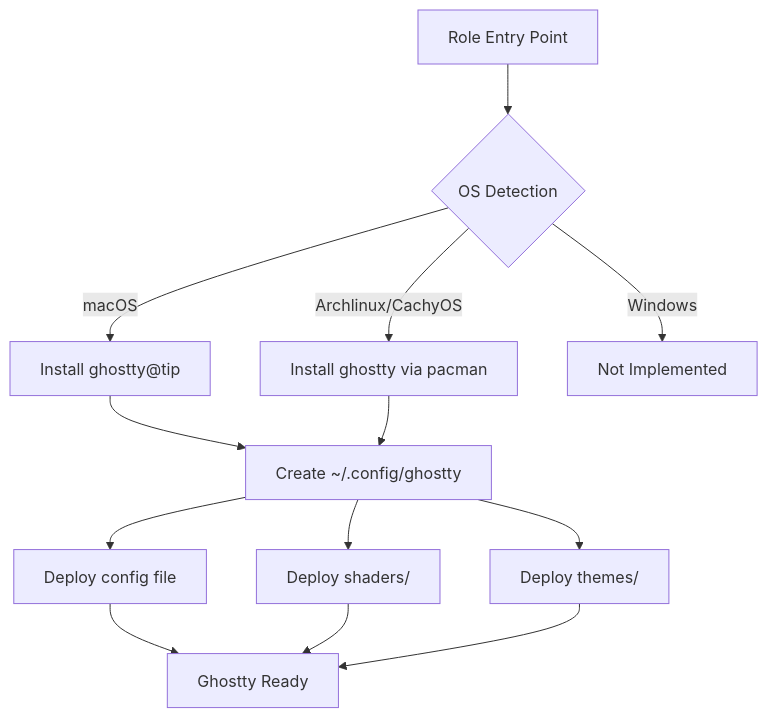
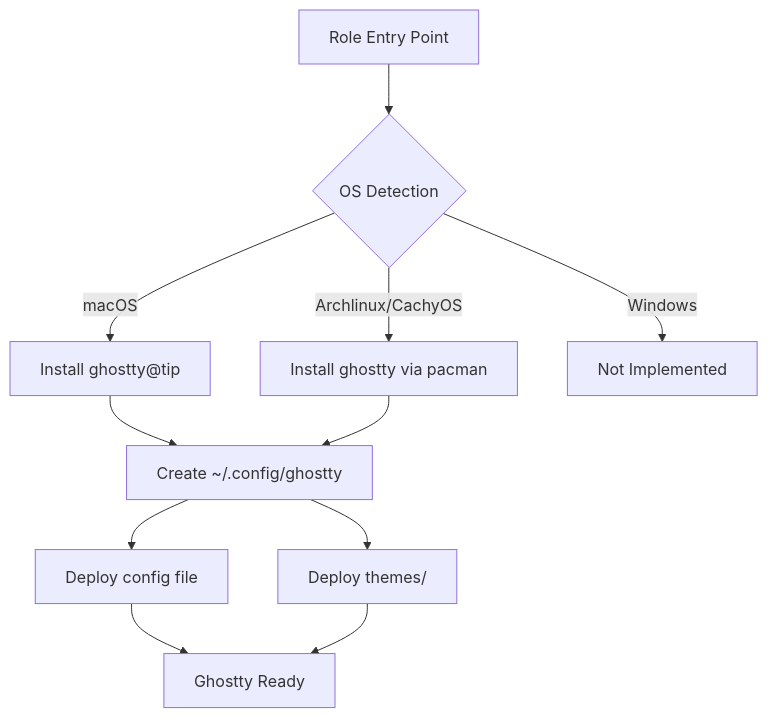
One commit to uarslandev/infra changed the diagram in dotfiles/roles/ghostty/README.md. Above: the diagram before and after it, drawn with Mermaid. The commit also changed other lines of this file and 4 other files, not shown here.

Commit message:
fix(ghostty): remove cursor shaders

````diff
--- a/dotfiles/roles/ghostty/README.md
+++ b/dotfiles/roles/ghostty/README.md
@@ -86,15 +81,13 @@
 ```mermaid
 graph TD
     A[Role Entry Point] --> B{OS Detection}
     B -->|macOS| C[Install ghostty@tip]
     B -->|Archlinux/CachyOS| D[Install ghostty via pacman]
     B -->|Windows| E[Not Implemented]
     C --> F[Create ~/.config/ghostty]
     D --> F
     F --> G[Deploy config file]
-    F --> H[Deploy shaders/]
-    F --> I[Deploy themes/]
-    G --> J[Ghostty Ready]
-    H --> J
-    I --> J
+    F --> H[Deploy themes/]
+    G --> I[Ghostty Ready]
+    H --> I
 ```
````
